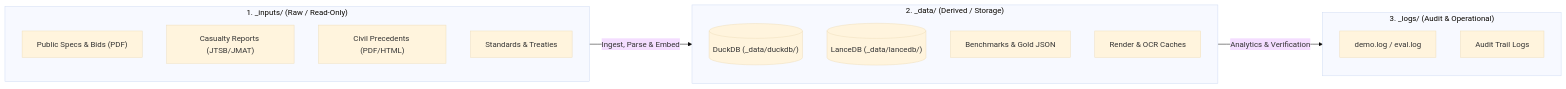
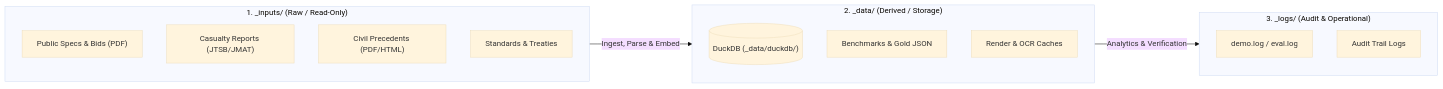
The diagram in docs/directory_structure_and_data_governance.md (edgesentry/marine-claims-ai), drawn with Mermaid (base theme) before and after one commit. The commit also changed other lines of this file and 159 other files, not shown here.

````diff
--- a/docs/directory_structure_and_data_governance.md
+++ b/docs/directory_structure_and_data_governance.md
@@ -14,27 +14,27 @@
 ```mermaid
 flowchart LR
     subgraph INPUTS["1. _inputs/ (Raw / Read-Only)"]
         direction TB
         RAW_PDF["Public Specs & Bids (PDF)"]
         RAW_REP["Casualty Reports (JTSB/JMAT)"]
         RAW_CRT["Civil Precedents (PDF/HTML)"]
         RAW_STD["Standards & Treaties"]
     end
 
     subgraph DATA["2. _data/ (Derived / Storage)"]
         direction TB
         DUCK[("DuckDB (_data/duckdb/)")]
-        LANCE[("LanceDB (_data/lancedb/)")]
+        DUCK[("DuckDB (_data/duckdb/)")]
         BENCH["Benchmarks & Gold JSON"]
         CACHE["Render & OCR Caches"]
     end
 
     subgraph LOGS["3. _logs/ (Audit & Operational)"]
         direction TB
         RUN_LOG["demo.log / eval.log"]
         AUDIT["Audit Trail Logs"]
     end
 
     INPUTS -->|"Ingest, Parse & Embed"| DATA
     DATA -->|"Analytics & Verification"| LOGS
 ```
````
